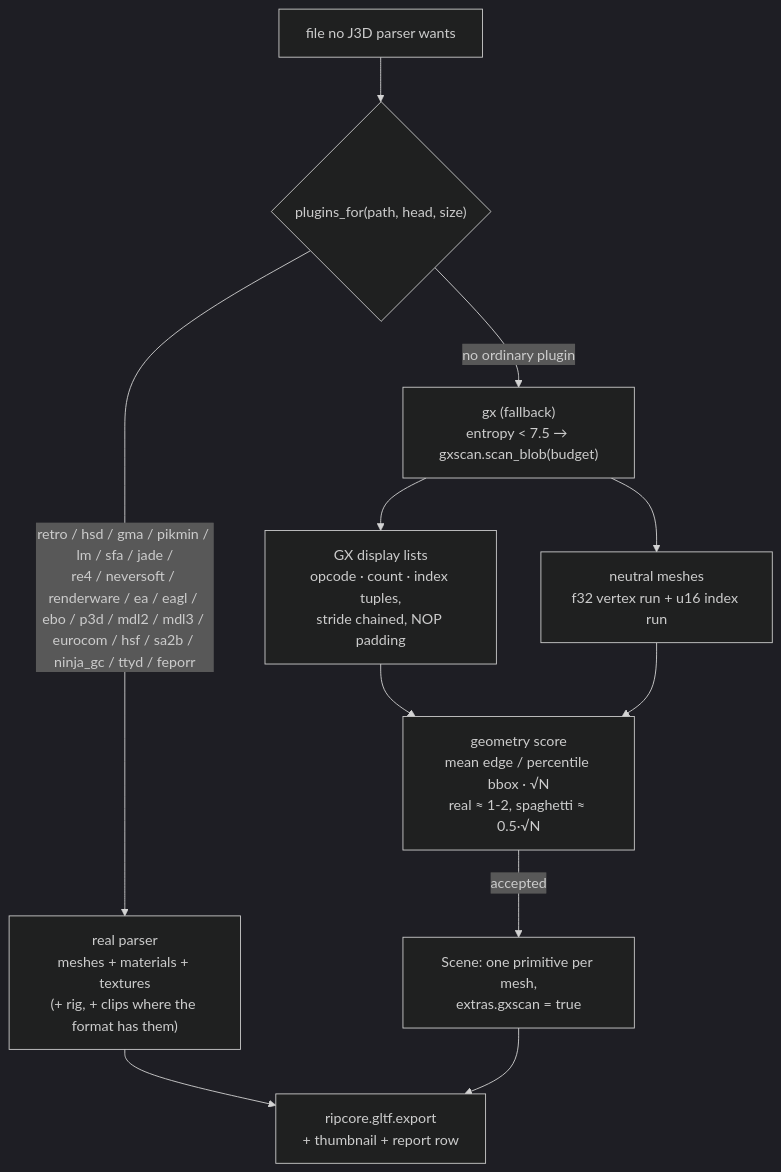
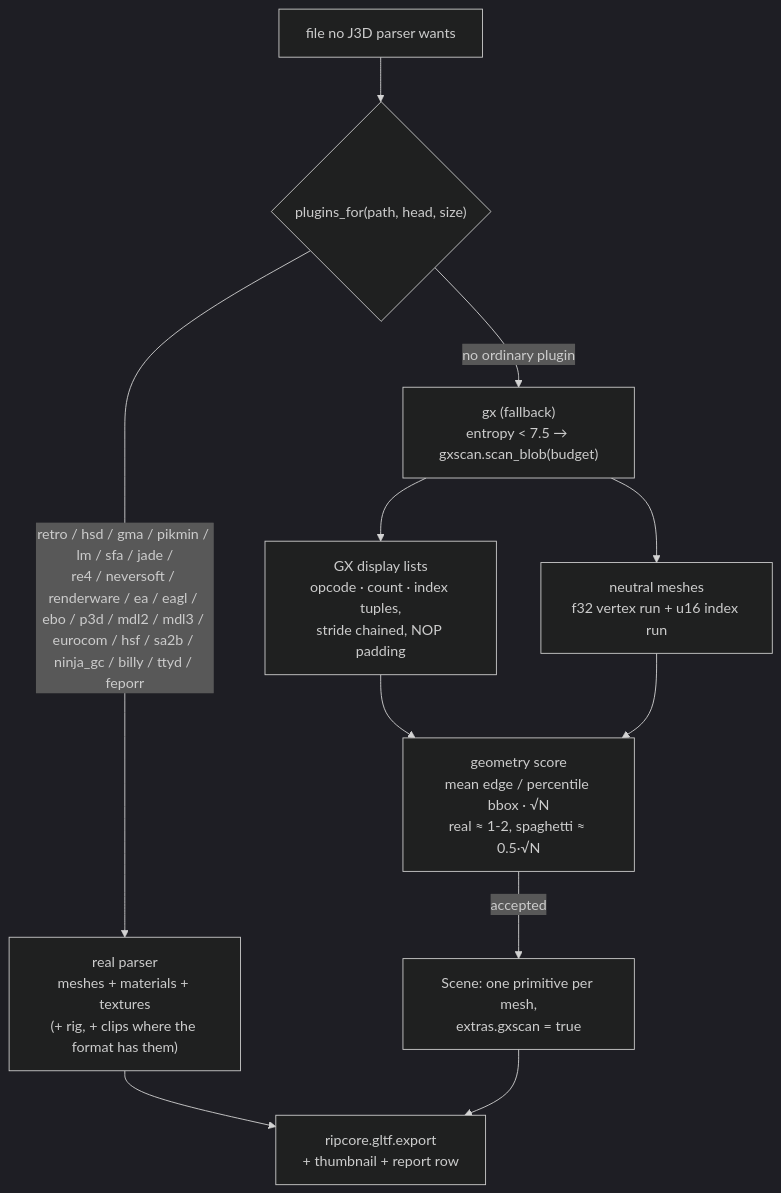
Before and after one commit to Felbs/3d-ripper-9000: the ninth of 9 diagrams in docs/PIPELINE.md, drawn with Mermaid (dark theme). The commit also changed other lines of this file and 1 other file, not shown here.

First line of the commit message:
docs: Billy Hatcher engine-map node, pipeline prose and Sonic Team note

````diff
--- a/docs/PIPELINE.md
+++ b/docs/PIPELINE.md
@@ -219,11 +220,11 @@
 ```mermaid
 flowchart TD
     F["file no J3D parser wants"] --> D{"plugins_for(path, head, size)"}
-    D -->|"retro / hsd / gma / pikmin / lm / sfa / jade /<br/>re4 / neversoft / renderware / ea / eagl / ebo / p3d / mdl2 / mdl3 / eurocom / hsf / sa2b / ninja_gc / ttyd / feporr"| R["real parser<br/>meshes + materials + textures<br/>(+ rig, + clips where the format has them)"]
+    D -->|"retro / hsd / gma / pikmin / lm / sfa / jade /<br/>re4 / neversoft / renderware / ea / eagl / ebo / p3d / mdl2 / mdl3 / eurocom / hsf / sa2b / ninja_gc / billy / ttyd / feporr"| R["real parser<br/>meshes + materials + textures<br/>(+ rig, + clips where the format has them)"]
     D -->|"no ordinary plugin"| S["gx (fallback)<br/>entropy < 7.5 → gxscan.scan_blob(budget)"]
     S --> L["GX display lists<br/>opcode · count · index tuples,<br/>stride chained, NOP padding"]
     S --> N["neutral meshes<br/>f32 vertex run + u16 index run"]
     L & N --> SC["geometry score<br/>mean edge / percentile bbox · √N<br/>real ≈ 1-2, spaghetti ≈ 0.5·√N"]
     SC -->|"accepted"| M["Scene: one primitive per mesh,<br/>extras.gxscan = true"]
     R & M --> E["ripcore.gltf.export<br/>+ thumbnail + report row"]
 ```
````
